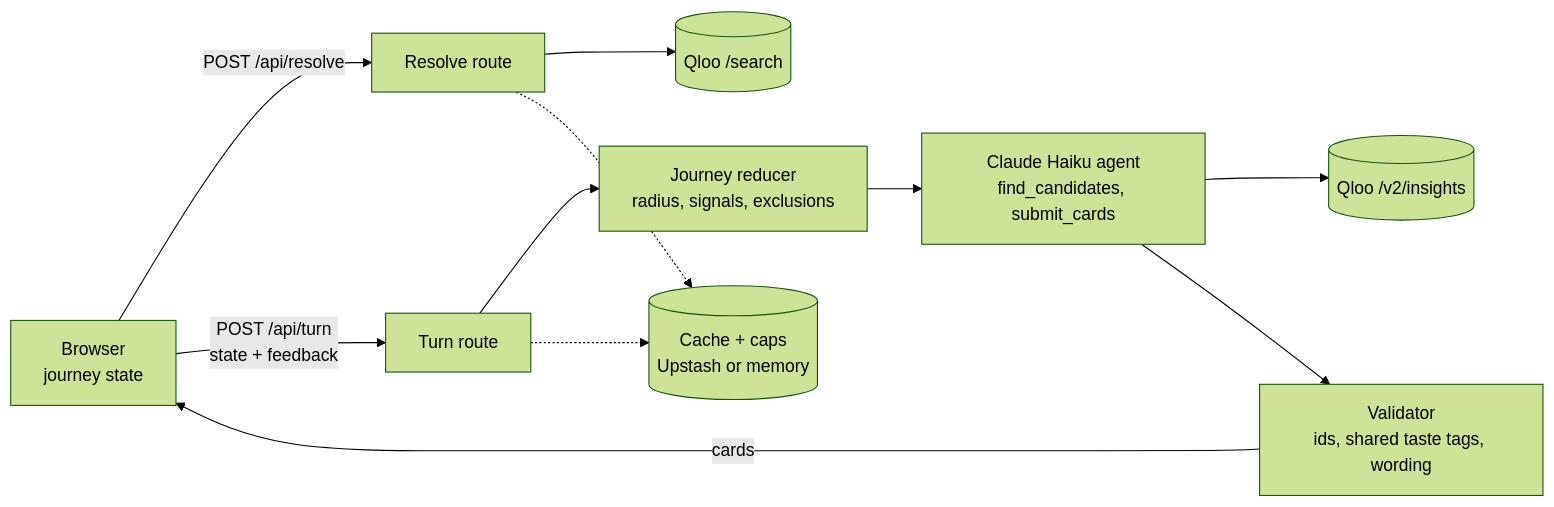
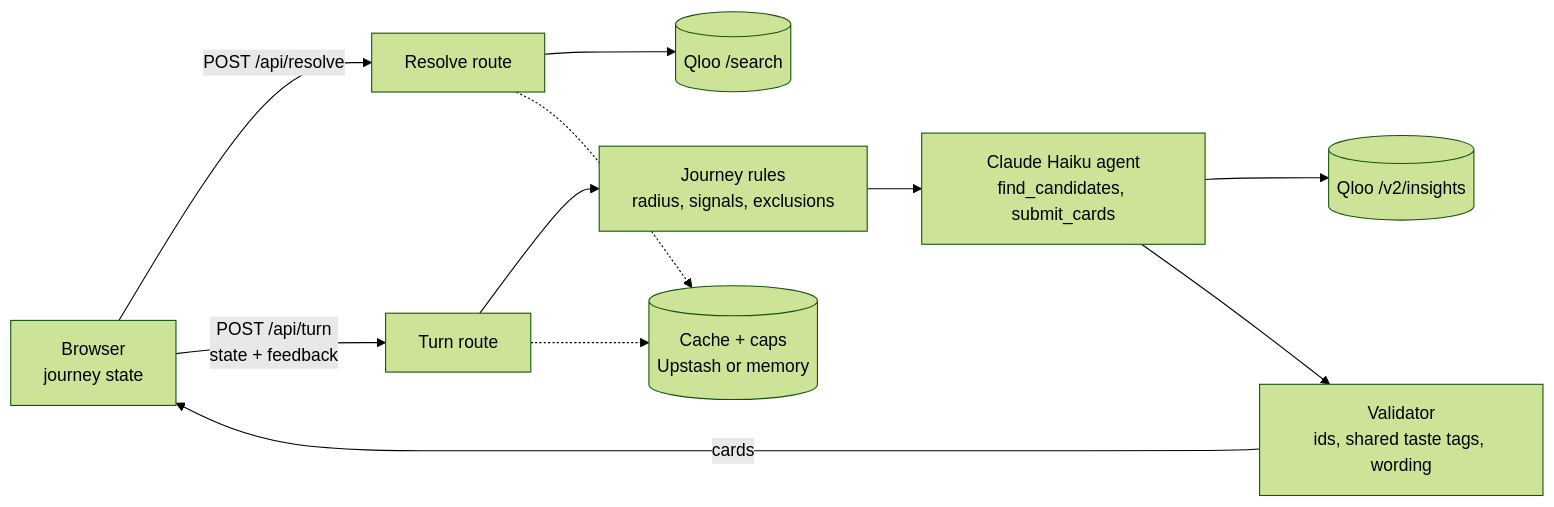
One commit to wjgoarxiv/home-again changed the diagram in README.md. Above: the diagram before and after it, drawn with Mermaid (forest theme). The commit also changed other lines of this file and 3 other files, not shown here.

````diff
--- a/README.md
+++ b/README.md
@@ -30,13 +53,13 @@
 ```mermaid
 flowchart LR
   UI[Browser<br/>journey state] -->|POST /api/resolve| R[Resolve route]
   UI -->|POST /api/turn<br/>state + feedback| T[Turn route]
   R --> Q[(Qloo /search)]
-  T --> J[Journey reducer<br/>radius, signals, exclusions]
+  T --> J[Journey rules<br/>radius, signals, exclusions]
   J --> A[Claude Haiku agent<br/>find_candidates, submit_cards]
   A --> I[(Qloo /v2/insights)]
   A --> V[Validator<br/>ids, shared taste tags, wording]
   V -->|cards| UI
   T -.-> L[(Cache + caps<br/>Upstash or memory)]
   R -.-> L
 ```
````
